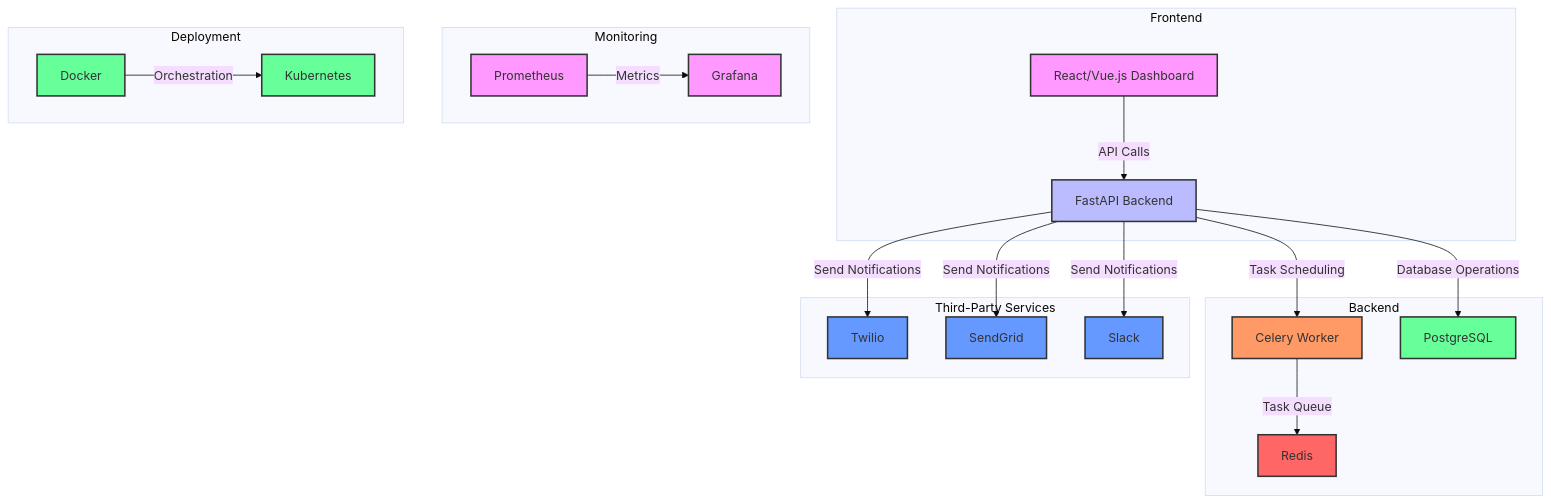
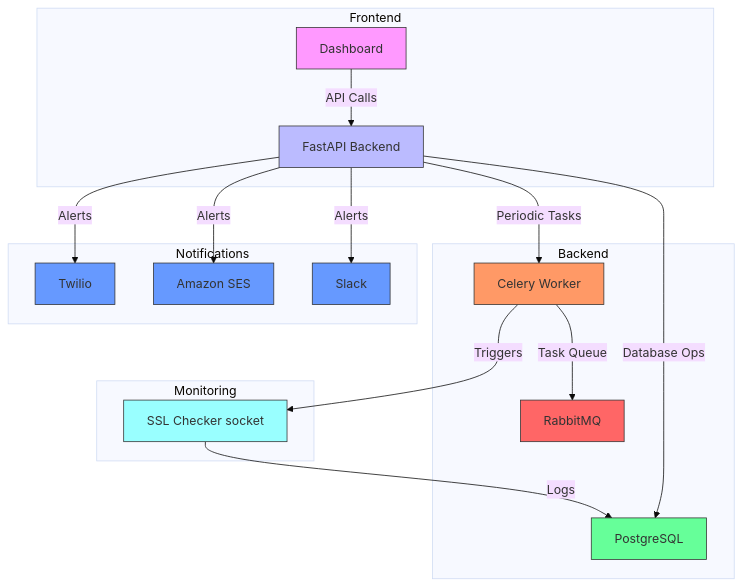
Before and after one commit to MoigeMatino/pulse-check: the diagram in README.md, drawn with Mermaid (base theme). The commit also changed other lines of this file, not shown here.

````diff
--- a/README.md
+++ b/README.md
@@ -33,39 +45,33 @@
 ```mermaid
 graph TD
     subgraph Frontend
-        A[React/Vue.js Dashboard] -->|API Calls| B[FastAPI Backend]
+        A[Dashboard] -->|API Calls| B[FastAPI Backend]
     end
 
     subgraph Backend
-        B -->|Task Scheduling| C[Celery Worker]
-        B -->|Database Operations| D[PostgreSQL]
-        C -->|Task Queue| E[Redis]
-    end
-
-    subgraph Third-Party Services
-        B -->|Send Notifications| F[Twilio]
-        B -->|Send Notifications| G[SendGrid]
-        B -->|Send Notifications| H[Slack]
+        B -->|Periodic Tasks| C[Celery Worker]
+        B -->|Database Ops| D[PostgreSQL]
+        C -->|Task Queue| E[RabbitMQ]
     end
 
     subgraph Monitoring
-        I[Prometheus] -->|Metrics| J[Grafana]
+        F[SSL Checker socket] -->|Logs| D
+        C -->|Triggers| F
     end
 
-    subgraph Deployment
-        K[Docker] -->|Orchestration| L[Kubernetes]
+    subgraph Notifications
+        B -->|Alerts| G[Twilio]
+        B -->|Alerts| H[Amazon SES]
+        B -->|Alerts| I[Slack]
     end
 
-    style A fill:#f9f,stroke:#333,stroke-width:2px
-    style B fill:#bbf,stroke:#333,stroke-width:2px
-    style C fill:#f96,stroke:#333,stroke-width:2px
-    style D fill:#6f9,stroke:#333,stroke-width:2px
-    style E fill:#f66,stroke:#333,stroke-width:2px
-    style F fill:#69f,stroke:#333,stroke-width:2px
-    style G fill:#69f,stroke:#333,stroke-width:2px
-    style H fill:#69f,stroke:#333,stroke-width:2px
-    style I fill:#f9f,stroke:#333,stroke-width:2px
-    style J fill:#f9f,stroke:#333,stroke-width:2px
-    style K fill:#6f9,stroke:#333,stroke-width:2px
-    style L fill:#6f9,stroke:#333,stroke-width:2px
+    style A fill:#f9f,stroke:#333
+    style B fill:#bbf,stroke:#333
+    style C fill:#f96,stroke:#333
+    style D fill:#6f9,stroke:#333
+    style E fill:#f66,stroke:#333
+    style F fill:#9ff,stroke:#333
+    style G fill:#69f,stroke:#333
+    style H fill:#69f,stroke:#333
+    style I fill:#69f,stroke:#333
 ```
````
